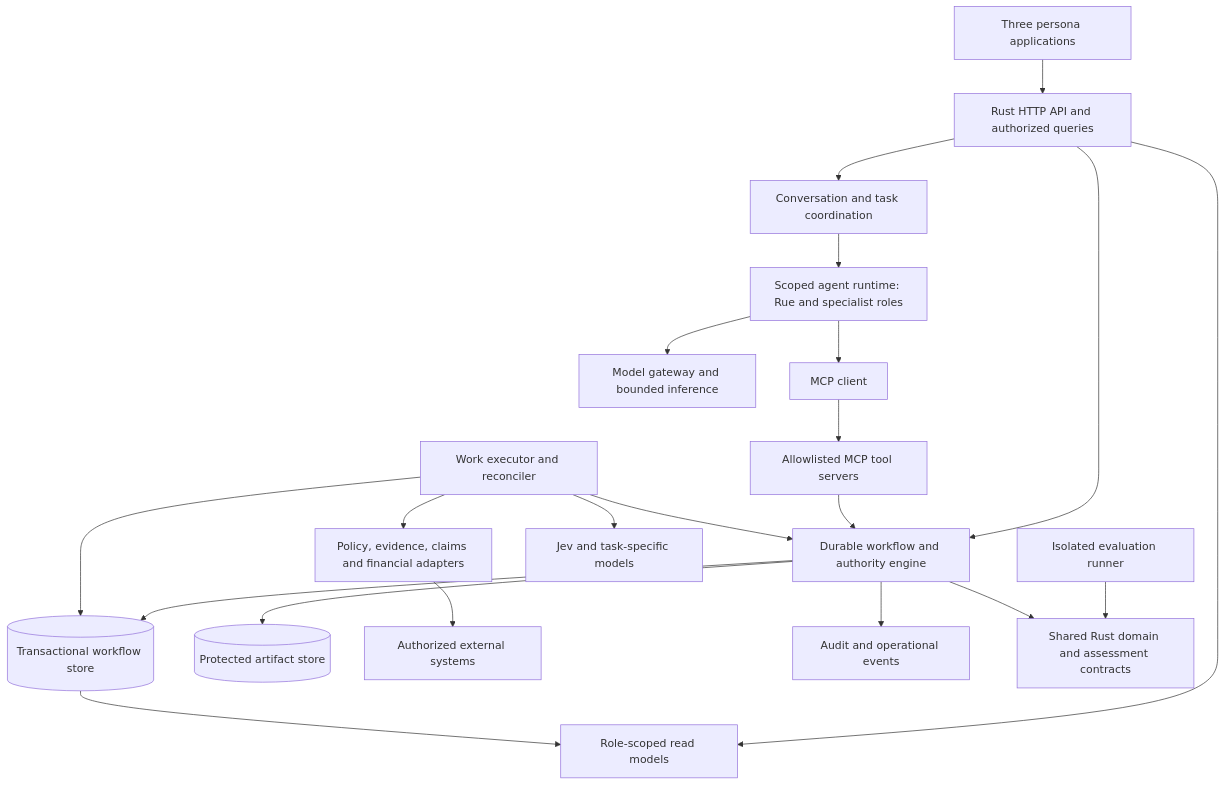
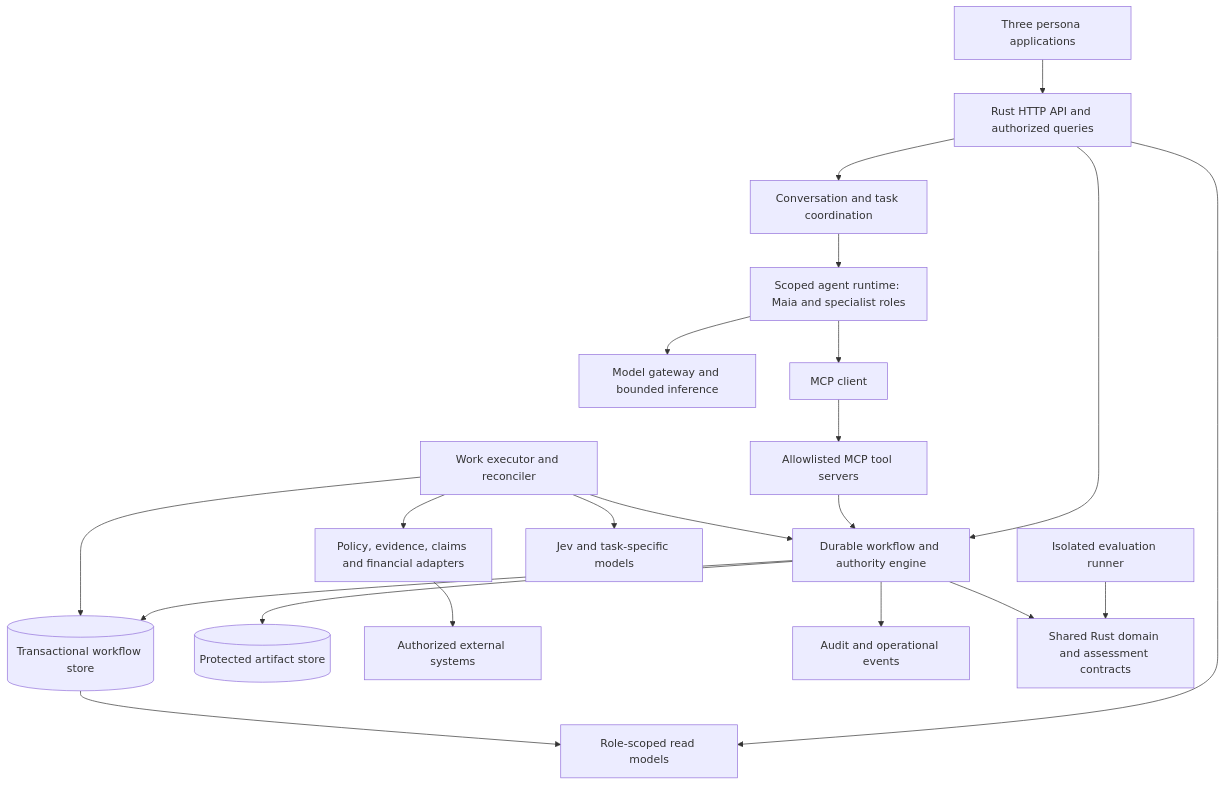
One commit to niksacdev/jev-sample changed the second of 6 diagrams in docs/system-design.md. Above: the diagram before and after it, drawn with Mermaid. The commit also changed other lines of this file and 43 other files, not shown here.

````diff
--- a/docs/system-design.md
+++ b/docs/system-design.md
@@ -85,23 +85,23 @@
 ```mermaid
 flowchart TB
     UI[Three persona applications] --> API[Rust HTTP API and authorized queries]
     API --> WF[Durable workflow and authority engine]
     API --> Session[Conversation and task coordination]
-    Session --> Agents[Scoped agent runtime: Rue and specialist roles]
+    Session --> Agents[Scoped agent runtime: Maia and specialist roles]
     Agents --> LLM[Model gateway and bounded inference]
     Agents --> MCP[MCP client]
     MCP --> Tools[Allowlisted MCP tool servers]
     Tools --> WF
     WF --> DB[(Transactional workflow store)]
     WF --> Artifacts[(Protected artifact store)]
     Worker[Work executor and reconciler] --> DB
     Worker --> WF
     Worker --> Adapters[Policy, evidence, claims and financial adapters]
     Adapters --> External[Authorized external systems]
     API --> Views[Role-scoped read models]
     DB --> Views
     Worker --> Models[Jev and task-specific models]
     WF --> Audit[Audit and operational events]
     Eval[Isolated evaluation runner] --> Domain[Shared Rust domain and assessment contracts]
     WF --> Domain
 ```
````
